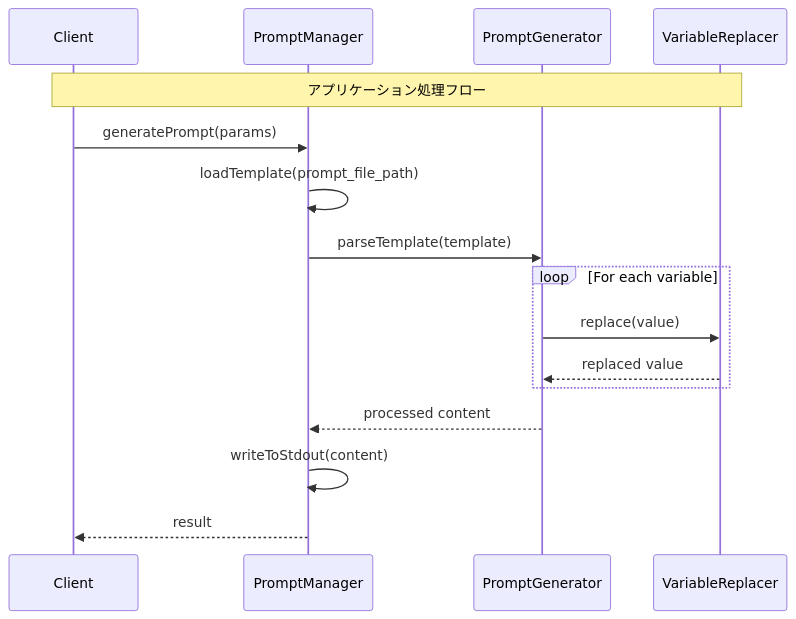
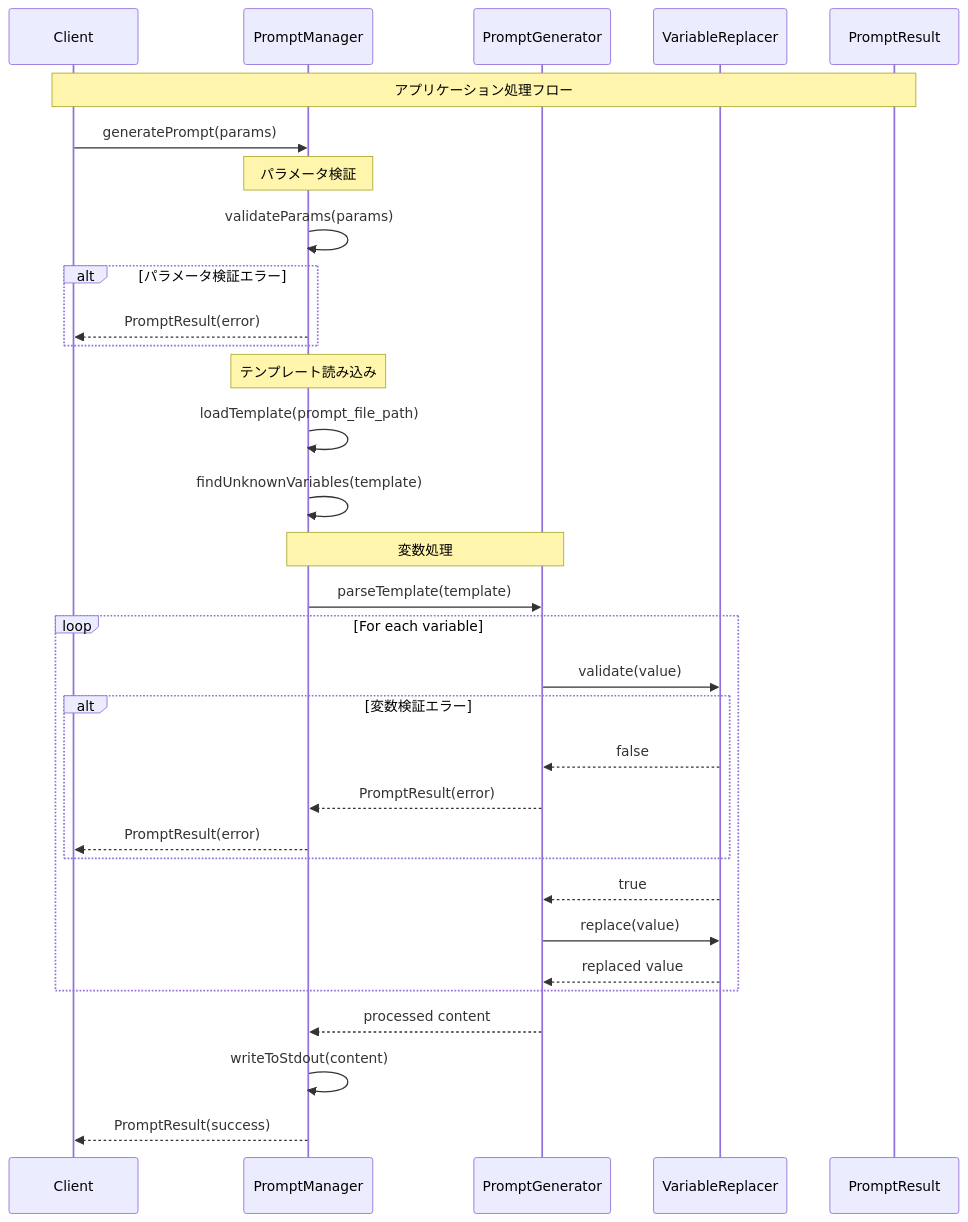
One commit to tettuan/breakdownprompt changed the diagram in docs/uml/sequence.md. Above: the diagram before and after it, drawn with Mermaid. The commit also changed 5 other files, not shown here.

Commit message:
refactor: improve class and sequence diagrams - remove validate from PromptParams - fix sequence diagram syntax - separate test namespace

````diff
--- a/docs/uml/sequence.md
+++ b/docs/uml/sequence.md
@@ -1,21 +1,35 @@
 ```mermaid
 sequenceDiagram
     participant Client
     participant PromptManager
     participant PromptGenerator
     participant VariableReplacer
+    participant PromptResult
 
-    Note over Client,VariableReplacer: アプリケーション処理フロー
+    Note over Client,PromptResult: アプリケーション処理フロー
     Client->>PromptManager: generatePrompt(params)
+    Note over PromptManager: パラメータ検証
+    PromptManager->>PromptManager: validateParams(params)
+    alt パラメータ検証エラー
+        PromptManager-->>Client: PromptResult(error)
+    end
+    Note over PromptManager: テンプレート読み込み
     PromptManager->>PromptManager: loadTemplate(prompt_file_path)
+    PromptManager->>PromptManager: findUnknownVariables(template)
+    Note over PromptManager,PromptGenerator: 変数処理
     PromptManager->>PromptGenerator: parseTemplate(template)
-    
     loop For each variable
+        PromptGenerator->>VariableReplacer: validate(value)
+        alt 変数検証エラー
+            VariableReplacer-->>PromptGenerator: false
+            PromptGenerator-->>PromptManager: PromptResult(error)
+            PromptManager-->>Client: PromptResult(error)
+        end
+        VariableReplacer-->>PromptGenerator: true
         PromptGenerator->>VariableReplacer: replace(value)
         VariableReplacer-->>PromptGenerator: replaced value
     end
-    
     PromptGenerator-->>PromptManager: processed content
     PromptManager->>PromptManager: writeToStdout(content)
-    PromptManager-->>Client: result
+    PromptManager-->>Client: PromptResult(success)
 ```
````
